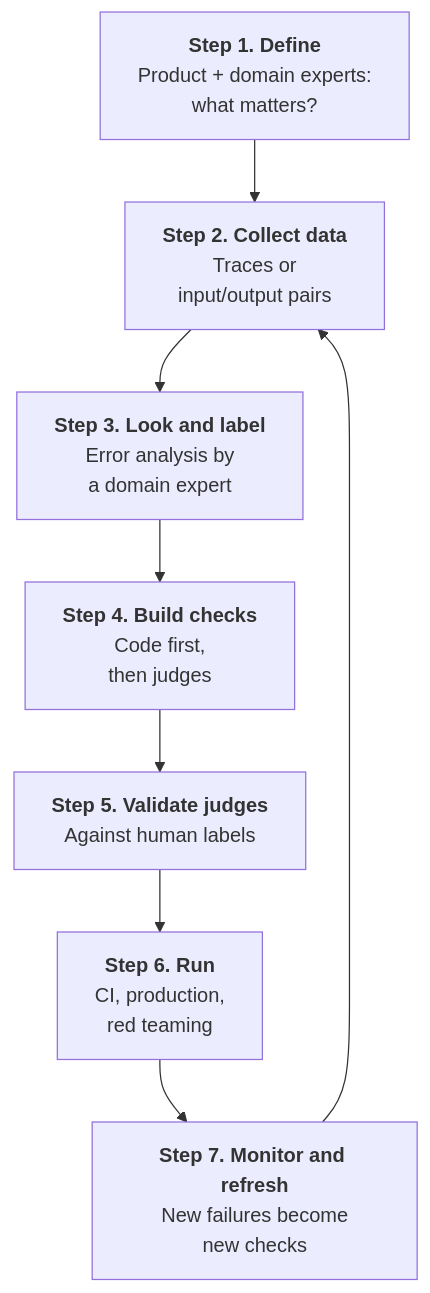
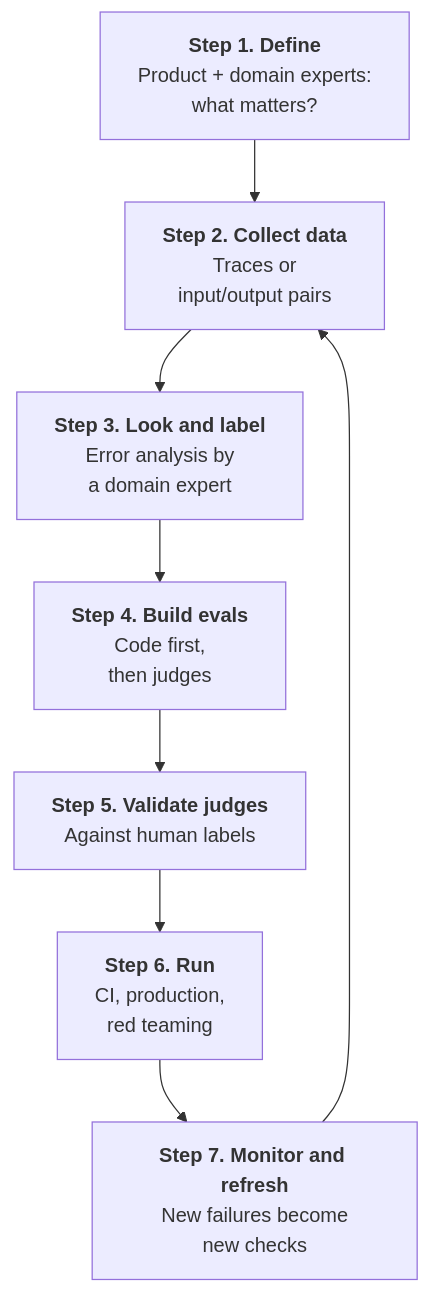
The diagram in docs/03-define-and-collect.md (elcronos/ai-evals-for-engineers), drawn with Mermaid before and after one commit. The commit also changed other lines of this file and 15 other files, not shown here.

````diff
--- a/docs/03-define-and-collect.md
+++ b/docs/03-define-and-collect.md
@@ -12,10 +12,10 @@
 ```mermaid
 flowchart TB
     A["<b>Step 1. Define</b><br/>Product + domain experts:<br/>what matters?"] --> B["<b>Step 2. Collect data</b><br/>Traces or<br/>input/output pairs"]
     B --> C["<b>Step 3. Look and label</b><br/>Error analysis by<br/>a domain expert"]
-    C --> D["<b>Step 4. Build checks</b><br/>Code first,<br/>then judges"]
+    C --> D["<b>Step 4. Build evals</b><br/>Code first,<br/>then judges"]
     D --> E["<b>Step 5. Validate judges</b><br/>Against human labels"]
     E --> F["<b>Step 6. Run</b><br/>CI, production,<br/>red teaming"]
     F --> G["<b>Step 7. Monitor and refresh</b><br/>New failures become<br/>new checks"]
     G --> B
 ```
````
